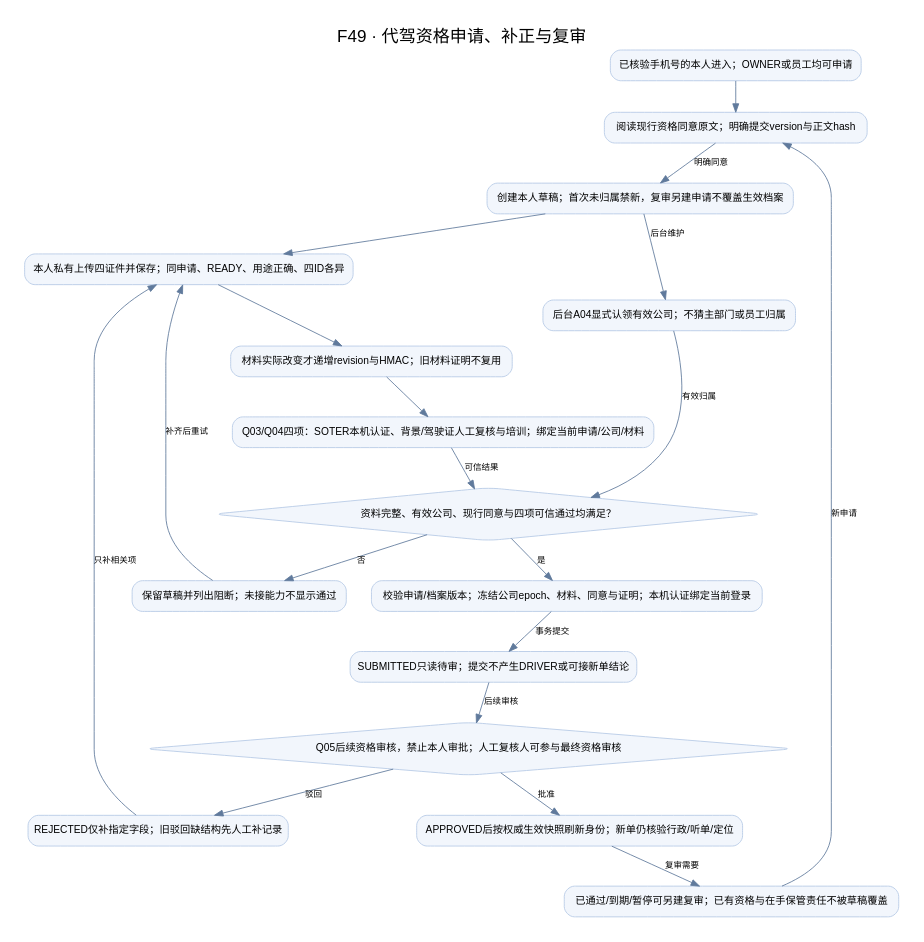
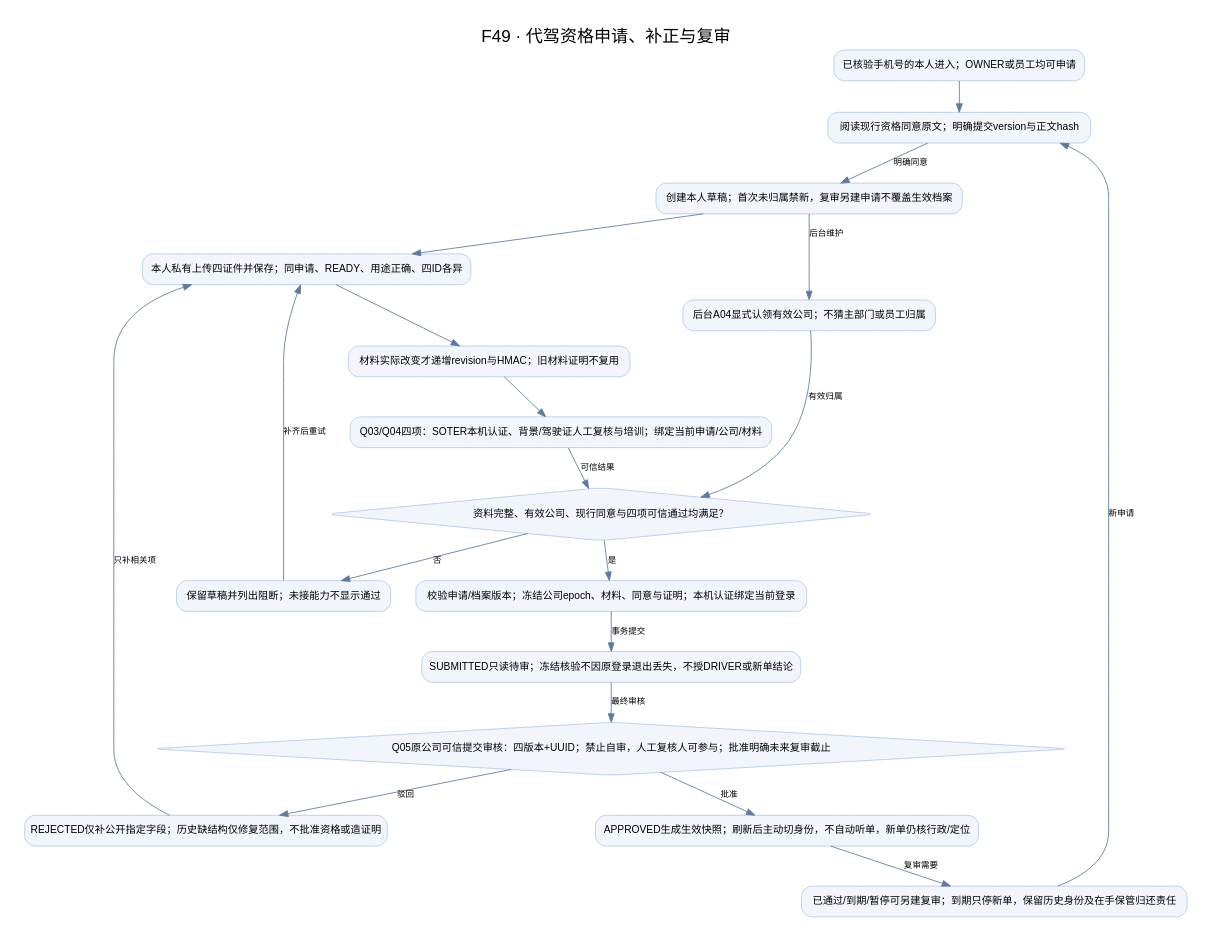
One commit to chanbeishui/xinyi changed the diagram in docs/vehicle/V6.4/08_业务流程图/DOT/F49.dot. Above: the diagram before and after it, drawn with Graphviz. The commit also changed 180 other files, not shown here.

```diff
--- a/docs/vehicle/V6.4/08_业务流程图/DOT/F49.dot
+++ b/docs/vehicle/V6.4/08_业务流程图/DOT/F49.dot
@@ -1,38 +1,38 @@
 digraph G {
     graph [rankdir=TB,bgcolor="white",pad="0.3",nodesep="0.4",ranksep="0.5",fontname="sans-serif",label="F49 · 代驾资格申请、补正与复审",labelloc=t,fontsize=20];
     node [shape=box,style="rounded,filled",fillcolor="#F2F6FC",color="#B5C9E5",fontname="sans-serif",fontsize=12,margin=".15,.12"];
     edge [color="#607A9C",fontname="sans-serif",fontsize=10];
     n1 [label="已核验手机号的本人进入；OWNER或员工均可申请"];
     n2 [label="阅读现行资格同意原文；明确提交version与正文hash"];
     n3 [label="创建本人草稿；首次未归属禁新，复审另建申请不覆盖生效档案"];
     n4 [label="本人私有上传四证件并保存；同申请、READY、用途正确、四ID各异"];
     n5 [label="材料实际改变才递增revision与HMAC；旧材料证明不复用"];
     n6 [label="后台A04显式认领有效公司；不猜主部门或员工归属"];
     n7 [label="Q03/Q04四项：SOTER本机认证、背景/驾驶证人工复核与培训；绑定当前申请/公司/材料"];
     n8 [label="资料完整、有效公司、现行同意与四项可信通过均满足？",shape=diamond];
     n9 [label="保留草稿并列出阻断；未接能力不显示通过"];
     n10 [label="校验申请/档案版本；冻结公司epoch、材料、同意与证明；本机认证绑定当前登录"];
-    n11 [label="SUBMITTED只读待审；提交不产生DRIVER或可接新单结论"];
-    n12 [label="Q05后续资格审核，禁止本人审批；人工复核人可参与最终资格审核",shape=diamond];
-    n13 [label="REJECTED仅补指定字段；旧驳回缺结构先人工补记录"];
-    n14 [label="APPROVED后按权威生效快照刷新身份；新单仍核验行政/听单/定位"];
-    n15 [label="已通过/到期/暂停可另建复审；已有资格与在手保管责任不被草稿覆盖"];
+    n11 [label="SUBMITTED只读待审；冻结核验不因原登录退出丢失，不授DRIVER或新单结论"];
+    n12 [label="Q05原公司可信提交审核：四版本+UUID；禁止自审，人工复核人可参与；批准明确未来复审截止",shape=diamond];
+    n13 [label="REJECTED仅补公开指定字段；历史缺结构仅修复范围，不批准资格或造证明"];
+    n14 [label="APPROVED生成生效快照；刷新后主动切身份，不自动听单，新单仍核行政/定位"];
+    n15 [label="已通过/到期/暂停可另建复审；到期只停新单，保留历史身份及在手保管归还责任"];
     n1 -> n2 [label=""];
     n2 -> n3 [label="明确同意"];
     n3 -> n4 [label=""];
     n3 -> n6 [label="后台维护"];
     n4 -> n5 [label=""];
     n5 -> n7 [label=""];
     n6 -> n8 [label="有效归属"];
     n7 -> n8 [label="可信结果"];
     n8 -> n9 [label="否"];
     n9 -> n4 [label="补齐后重试"];
     n8 -> n10 [label="是"];
     n10 -> n11 [label="事务提交"];
-    n11 -> n12 [label="后续审核"];
+    n11 -> n12 [label="最终审核"];
     n12 -> n13 [label="驳回"];
     n13 -> n4 [label="只补相关项"];
     n12 -> n14 [label="批准"];
     n14 -> n15 [label="复审需要"];
     n15 -> n2 [label="新申请"];
 }
```
